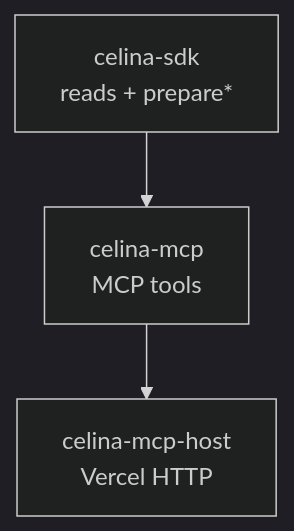
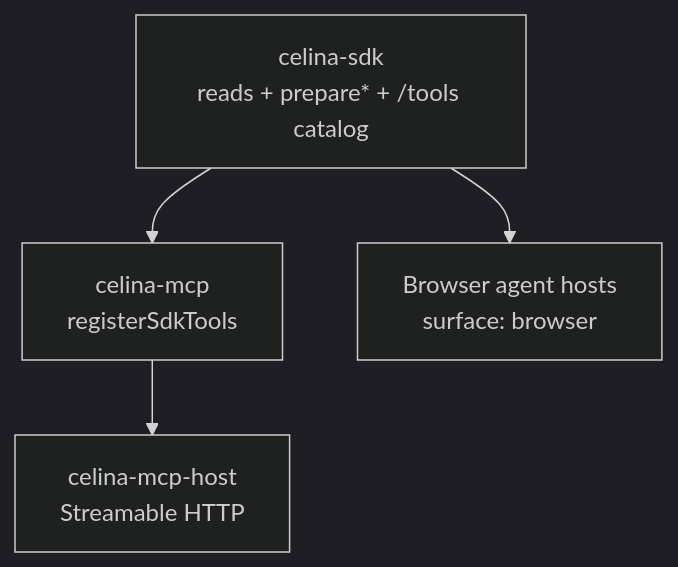
One commit to andrewkimjoseph/celina-sdk changed the second of 2 diagrams in docs/concepts/architecture.md. Above: the diagram before and after it, drawn with Mermaid (dark theme). The commit also changed other lines of this file and 3 other files, not shown here.

First line of the commit message:
docs: align intro and guides with shared tool catalog architecture.

````diff
--- a/docs/concepts/architecture.md
+++ b/docs/concepts/architecture.md
@@ -34,9 +34,11 @@
 ```mermaid
 flowchart TB
-  sdk["celina-sdk<br/>reads + prepare*"]
-  mcp["celina-mcp<br/>MCP tools"]
-  host["celina-mcp-host<br/>Vercel HTTP"]
+  sdk["celina-sdk<br/>reads + prepare* + /tools catalog"]
+  mcp["celina-mcp<br/>registerSdkTools"]
+  host["celina-mcp-host<br/>Streamable HTTP"]
+  browser["Browser agent hosts<br/>surface: browser"]
 
   sdk --> mcp
   mcp --> host
+  sdk --> browser
 ```
````
